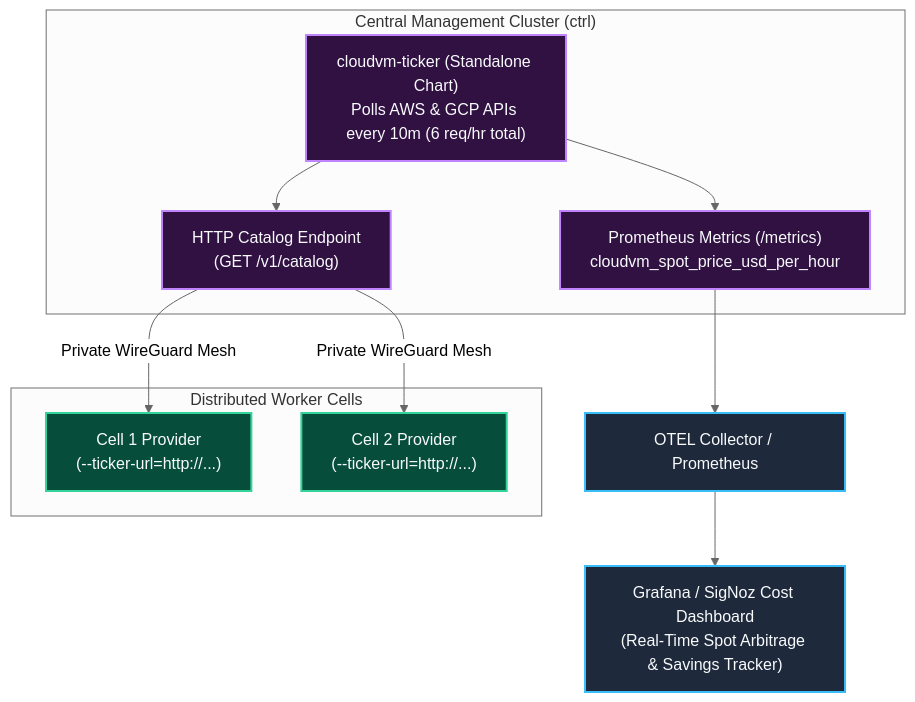
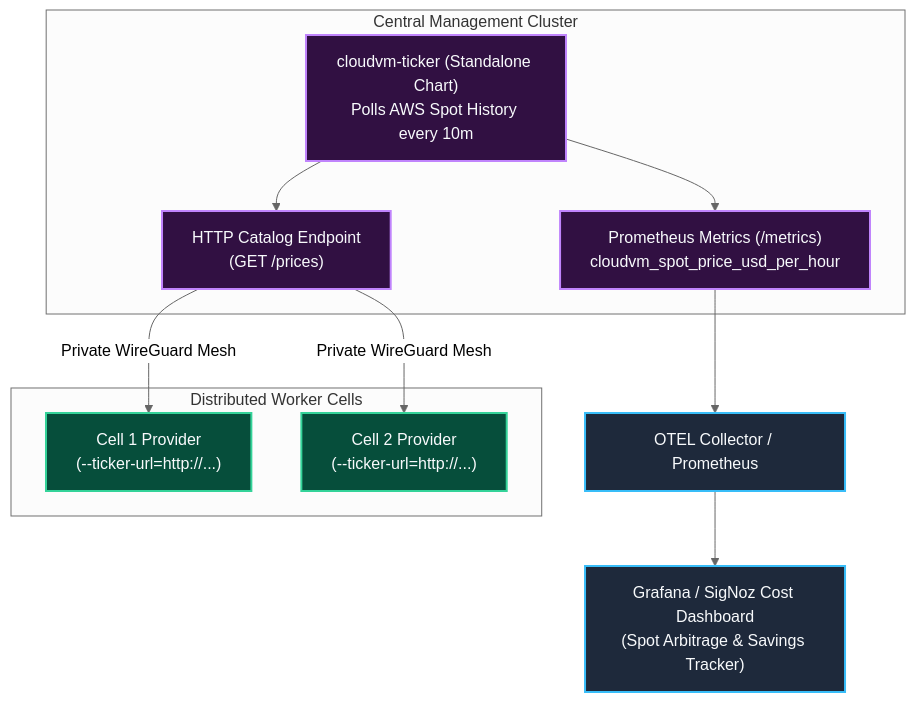
Before and after one commit to simonepri/interlink-cloudvm-plugin: the eighth of 9 diagrams in readme.md, drawn with Mermaid (neutral theme). The commit also changed other lines of this file and 15 other files, not shown here.

Commit message:
refactor: align 1:1 pod VM model, fix fleet token & status reporting, add ticker chart, and polish docs

````diff
--- a/readme.md
+++ b/readme.md
@@ -418,26 +325,26 @@
 ```mermaid
 flowchart TD
     classDef central fill:#311042,stroke:#C084FC,stroke-width:2px,color:#F8FAFC
     classDef cell fill:#064E3B,stroke:#34D399,stroke-width:2px,color:#F8FAFC
     classDef otel fill:#1E293B,stroke:#38BDF8,stroke-width:2px,color:#F8FAFC
 
-    subgraph Central["Central Management Cluster (ctrl)"]
+    subgraph Central["Central Management Cluster"]
         Ticker["cloudvm-ticker (Standalone Chart)
-Polls AWS & GCP APIs every 10m (6 req/hr total)"]:::central
+Polls AWS Spot History every 10m"]:::central
         Ticker --> HTTP["HTTP Catalog Endpoint
-(GET /v1/catalog)"]:::central
+(GET /prices)"]:::central
         Ticker --> Metrics["Prometheus Metrics (/metrics)
 cloudvm_spot_price_usd_per_hour"]:::central
     end
 
     Metrics --> OTEL["OTEL Collector / Prometheus"]:::otel
     OTEL --> Dash["Grafana / SigNoz Cost Dashboard
-(Real-Time Spot Arbitrage & Savings Tracker)"]:::otel
+(Spot Arbitrage & Savings Tracker)"]:::otel
 
     subgraph Cells["Distributed Worker Cells"]
         HTTP -->|Private WireGuard Mesh| Cell1["Cell 1 Provider
 (--ticker-url=http://...)"]:::cell
         HTTP -->|Private WireGuard Mesh| Cell2["Cell 2 Provider
 (--ticker-url=http://...)"]:::cell
     end
 ```
````
